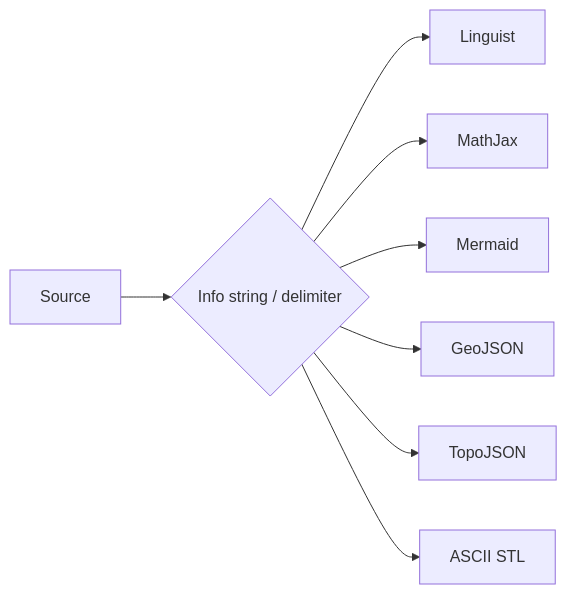
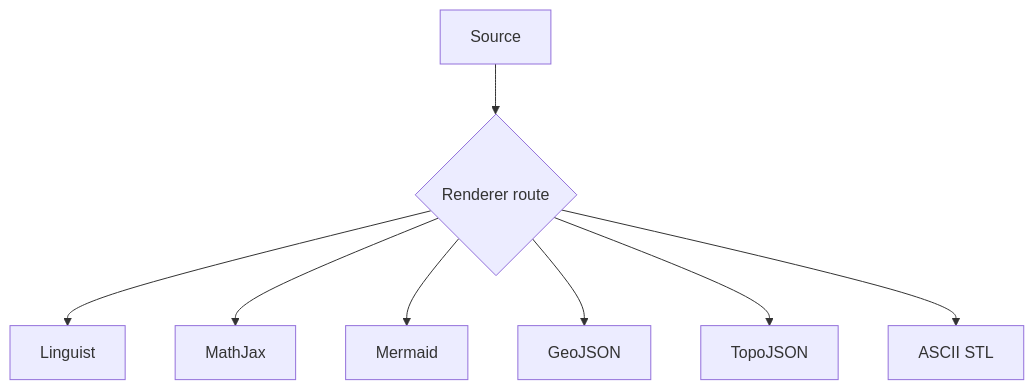
Before and after one commit to thiepn/markdown: the second of 5 diagrams in README.md, drawn with Mermaid. The commit also changed other lines of this file, not shown here.

````diff
--- a/README.md
+++ b/README.md
@@ -598,10 +569,10 @@
 ```mermaid
-flowchart LR
-    SOURCE[Source] --> ROUTE{Info string / delimiter}
+flowchart TB
+    SOURCE[Source] --> ROUTE{Renderer route}
     ROUTE --> L[Linguist]
     ROUTE --> MJ[MathJax]
     ROUTE --> MM[Mermaid]
     ROUTE --> GJ[GeoJSON]
     ROUTE --> TJ[TopoJSON]
     ROUTE --> STL[ASCII STL]
 ```
````
